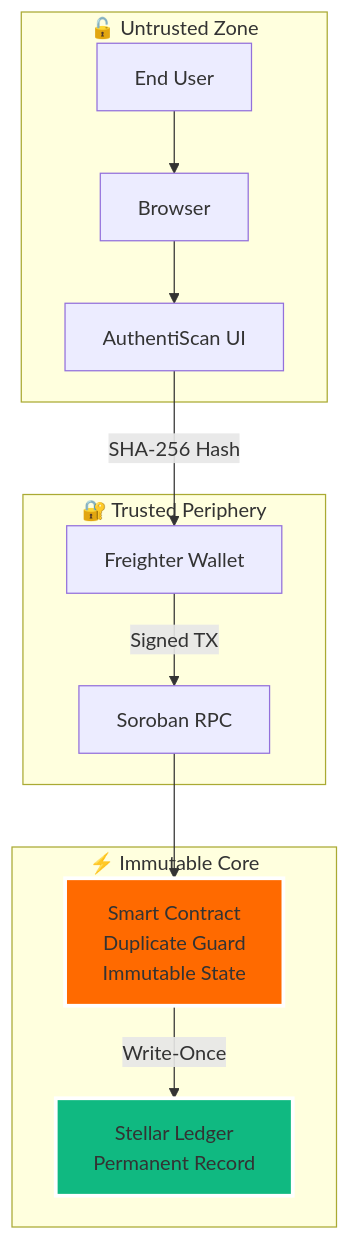
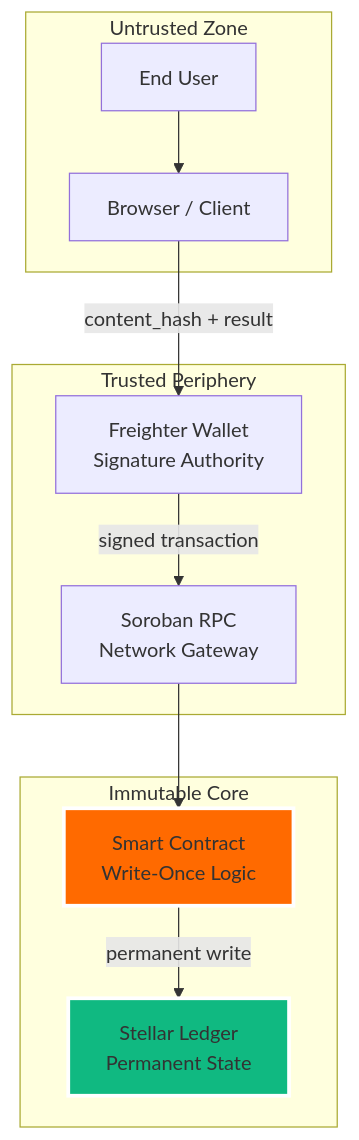
Before and after one commit to tunisch/AuthentiScan: the second of 2 diagrams in README.md, drawn with Mermaid. The commit also changed other lines of this file, not shown here.

Commit message:
refactor: update README to detail content identity model, deterministic download pipeline, and smart contract architecture, replacing general overview sections.

````diff
--- a/README.md
+++ b/README.md
@@ -181,28 +183,26 @@
 ```mermaid
 graph TD
-    subgraph "🔓 Untrusted Zone"
+    subgraph "Untrusted Zone"
         U[End User]
-        B[Browser]
-        UI[AuthentiScan UI]
+        B[Browser / Client]
     end
-    
-    subgraph "🔐 Trusted Periphery"
-        W[Freighter Wallet]
-        RPC[Soroban RPC]
+
+    subgraph "Trusted Periphery"
+        W[Freighter Wallet<br/>Signature Authority]
+        RPC[Soroban RPC<br/>Network Gateway]
     end
-    
-    subgraph "⚡ Immutable Core"
-        SC[Smart Contract<br/>Duplicate Guard<br/>Immutable State]
-        L[Stellar Ledger<br/>Permanent Record]
+
+    subgraph "Immutable Core"
+        SC[Smart Contract<br/>Write-Once Logic]
+        L[Stellar Ledger<br/>Permanent State]
     end
-    
+
     U --> B
-    B --> UI
-    UI -->|SHA-256 Hash| W
-    W -->|Signed TX| RPC
+    B -->|content_hash + result| W
+    W -->|signed transaction| RPC
     RPC --> SC
-    SC -->|Write-Once| L
-    
+    SC -->|permanent write| L
+
     style SC fill:#ff6a00,stroke:#fff,stroke-width:3px
     style L fill:#10b981,stroke:#fff,stroke-width:3px
 ```
````
